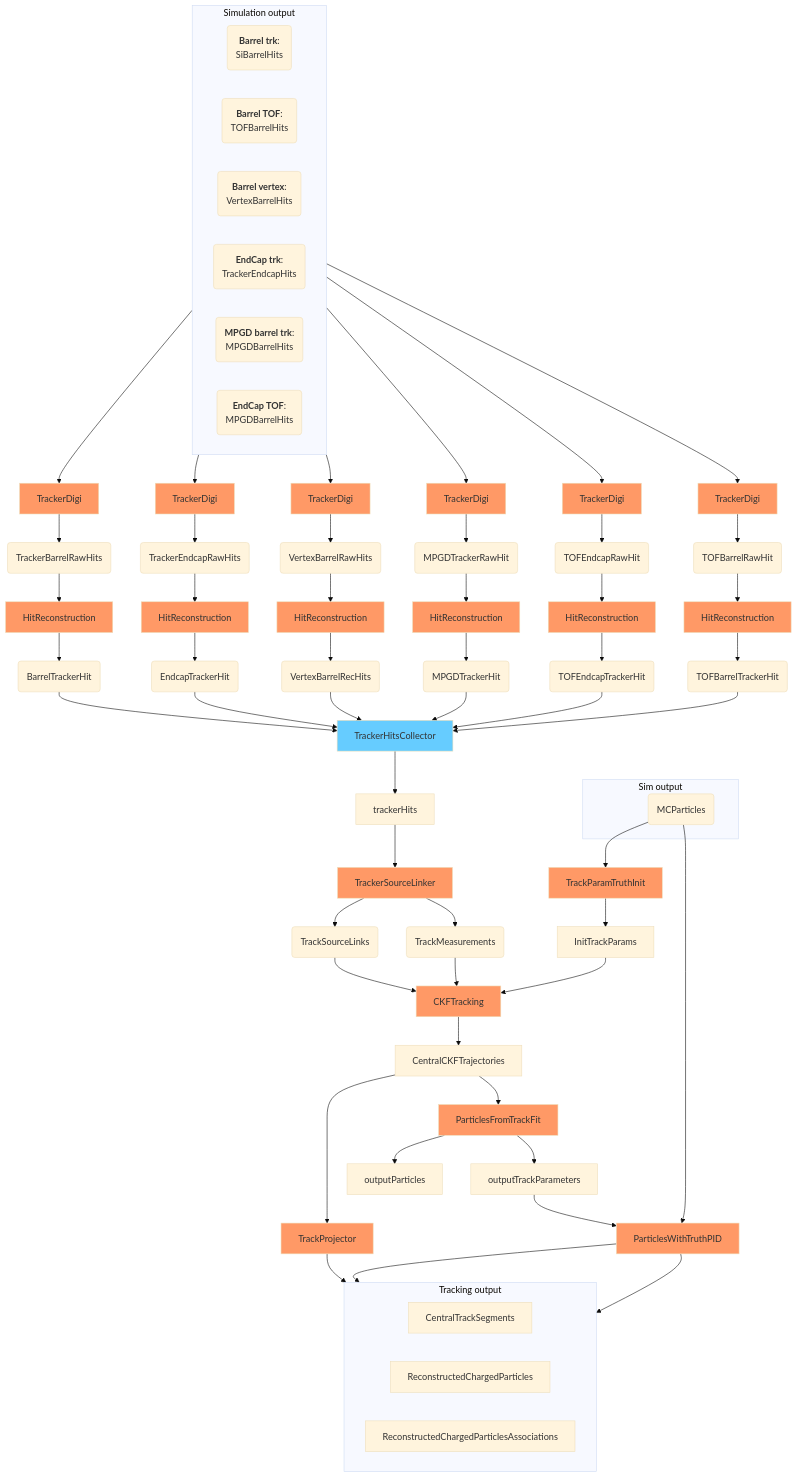
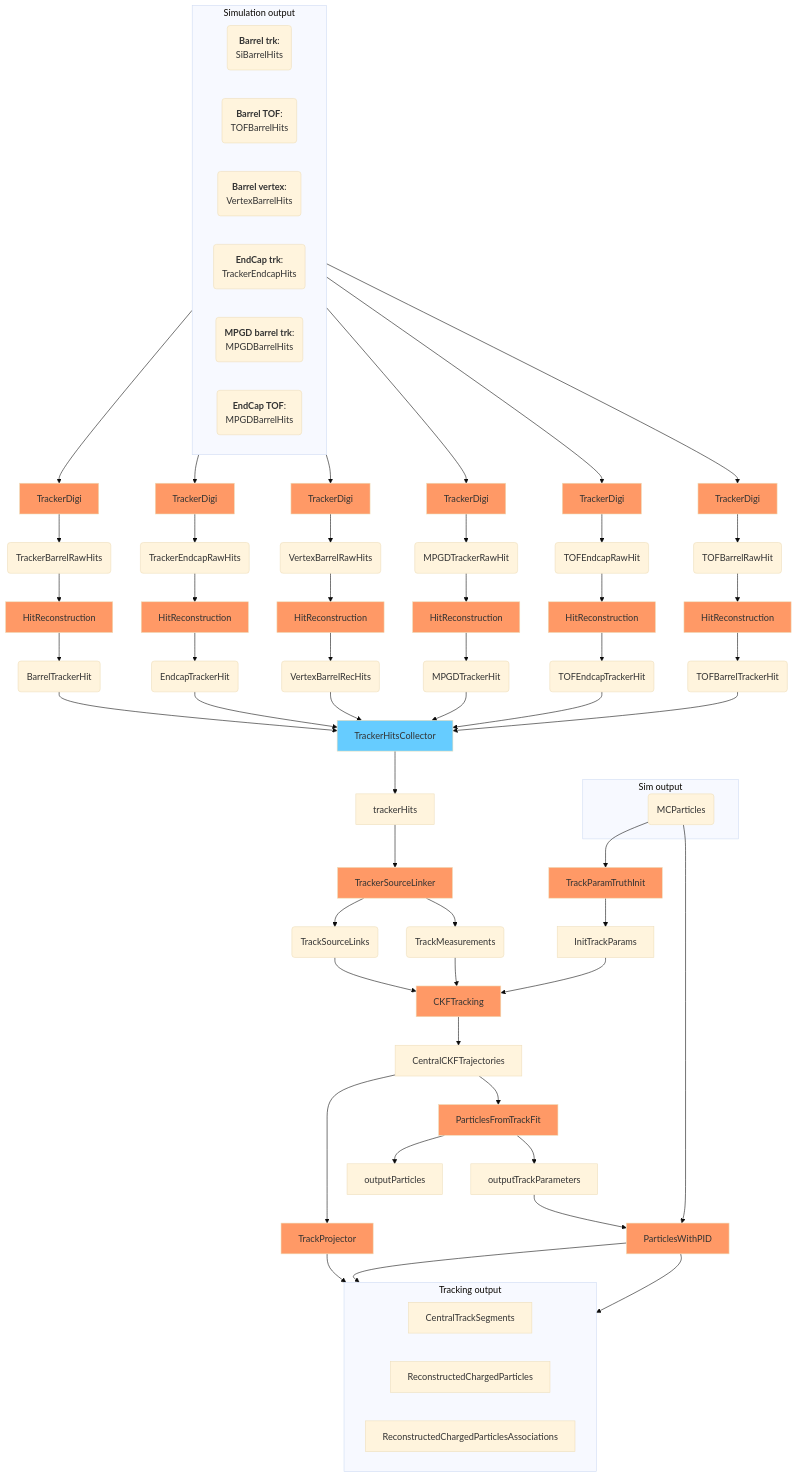
The second of 2 diagrams in docs/design/tracking.md (eic/EICrecon), drawn with Mermaid (base theme) before and after one commit. The commit also changed other lines of this file and 3 other files, not shown here.

```diff
--- a/docs/design/tracking.md
+++ b/docs/design/tracking.md
@@ -132,10 +132,10 @@
       CentralCKFTrajectories --> TrackProjector[TrackProjector]:::alg
   TrackProjector --> CentralTrackSegments
 
-  outputTrackParameters --> ParticlesWithTruthPID[ParticlesWithTruthPID]:::alg
-  MCParticles --> ParticlesWithTruthPID
-  ParticlesWithTruthPID --> ReconstructedChargedParticles
-  ParticlesWithTruthPID --> ReconstructedChargedParticlesAssociations
+  outputTrackParameters --> ParticlesWithPID[ParticlesWithPID]:::alg
+  MCParticles --> ParticlesWithPID
+  ParticlesWithPID --> ReconstructedChargedParticles
+  ParticlesWithPID --> ReconstructedChargedParticlesAssociations
 
 
 
```
